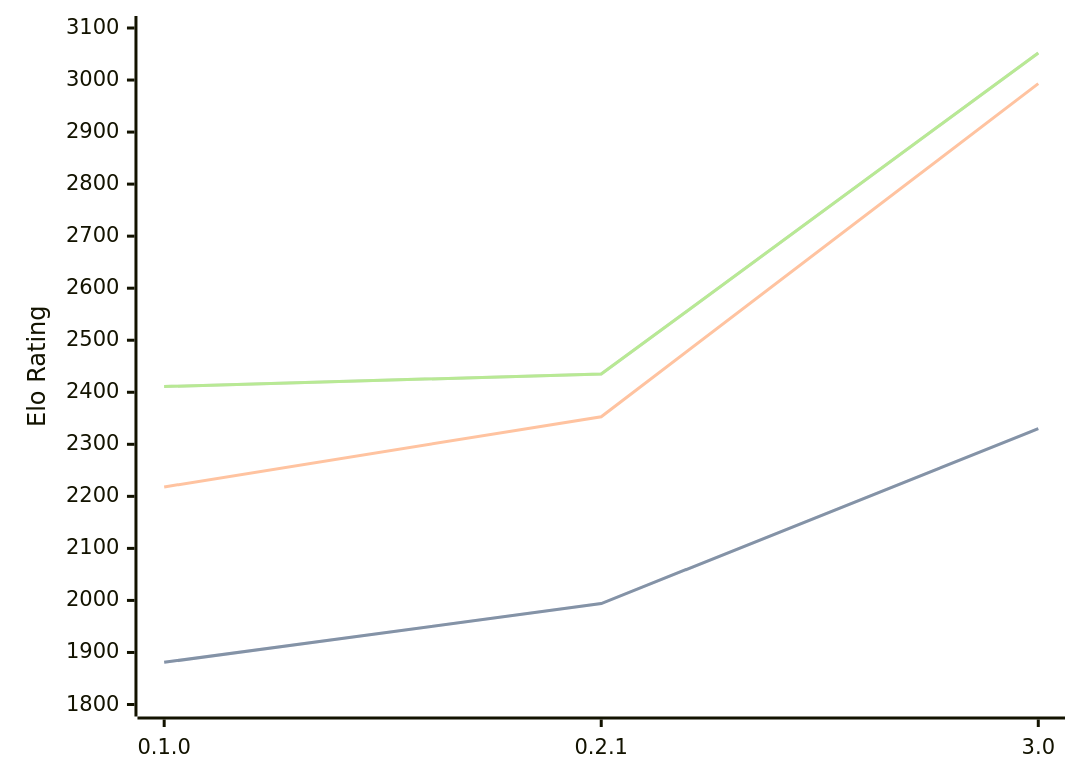
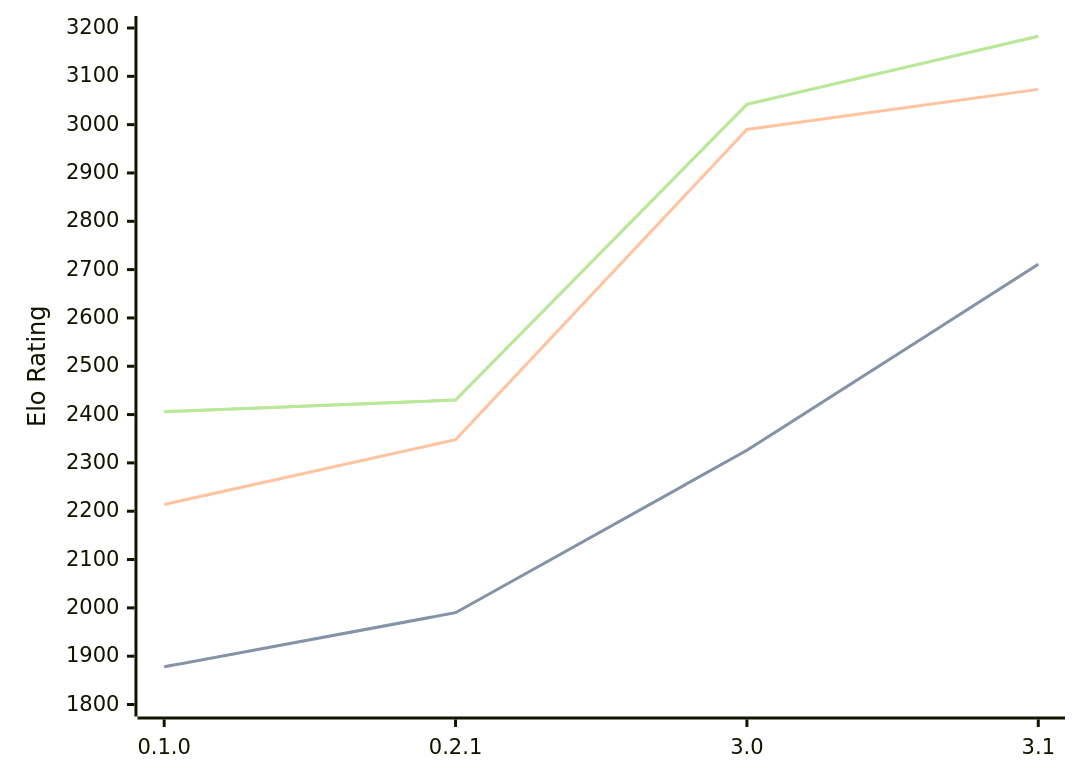
One commit to computer-chess-index/cci changed the first of 3 diagrams in engines/Sykora.md. Above: the diagram before and after it, drawn with Mermaid. The commit also changed other lines of this file, not shown here.

Commit message:
Update CCI Ratings (ELO VLTC) - 2026-07-16

````diff
--- a/engines/Sykora.md
+++ b/engines/Sykora.md
@@ -35,11 +35,11 @@
 ```mermaid
 %%{init: {"theme":"base","themeVariables":{"seriesColors:['#a3a3a3','#222221','#faa371']}}}%%
 xychart-beta
-  x-axis ["0.1.0", "0.2.1", "3.0"]
-  y-axis "Elo Rating" 1800 --> 3100
-  line "STC (8.0+0.08s)" [1881, 1994, 2330]
-  line "STC (8.0+0.08s)" [1881, 1994, 2330]
-  line "LTC (60.0+0.60s)" [2218, 2353, 2993]
-  line "VLTC (2m24s+1.12s)" [2411, 2435, 3052]
-  line "VLTC (2m24s+1.12s)" [2411, 2435, 3052]
+  x-axis ["0.1.0", "0.2.1", "3.0", "3.1"]
+  y-axis "Elo Rating" 1800 --> 3200
+  line "STC (8.0+0.08s)" [1878, 1990, 2326, 2711]
+  line "STC (8.0+0.08s)" [1878, 1990, 2326, 2711]
+  line "LTC (60.0+0.60s)" [2214, 2348, 2990, 3073]
+  line "VLTC (2m24s+1.12s)" [2406, 2430, 3042, 3183]
+  line "VLTC (2m24s+1.12s)" [2406, 2430, 3042, 3183]
 ```
````
